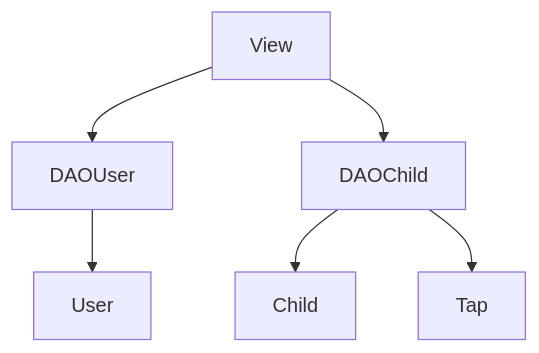
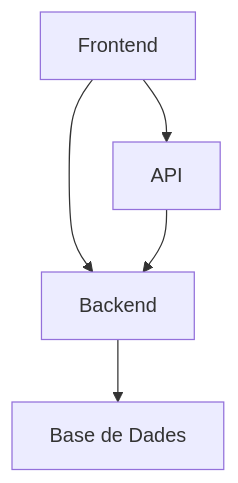
The diagram in Prototip2/DiagramaArqP2.mermaid (lauragrr1/tapatapp), drawn with Mermaid before and after one commit.

```diff
--- a/Prototip2/DiagramaArqP2.mermaid
+++ b/Prototip2/DiagramaArqP2.mermaid
@@ -1,7 +1,5 @@
-flowchart TD;
-    A[View]
-    A --> B[DAOUser] 
-    A --> C[DAOChild]
-    B --> D[User]
-    C --> E[Child]
-    C --> F[Tap]
+flowchart TD
+    A[Frontend] --> B[Backend]
+    B --> C[Base de Dades]
+    A --> D[API]
+    D --> B
```
